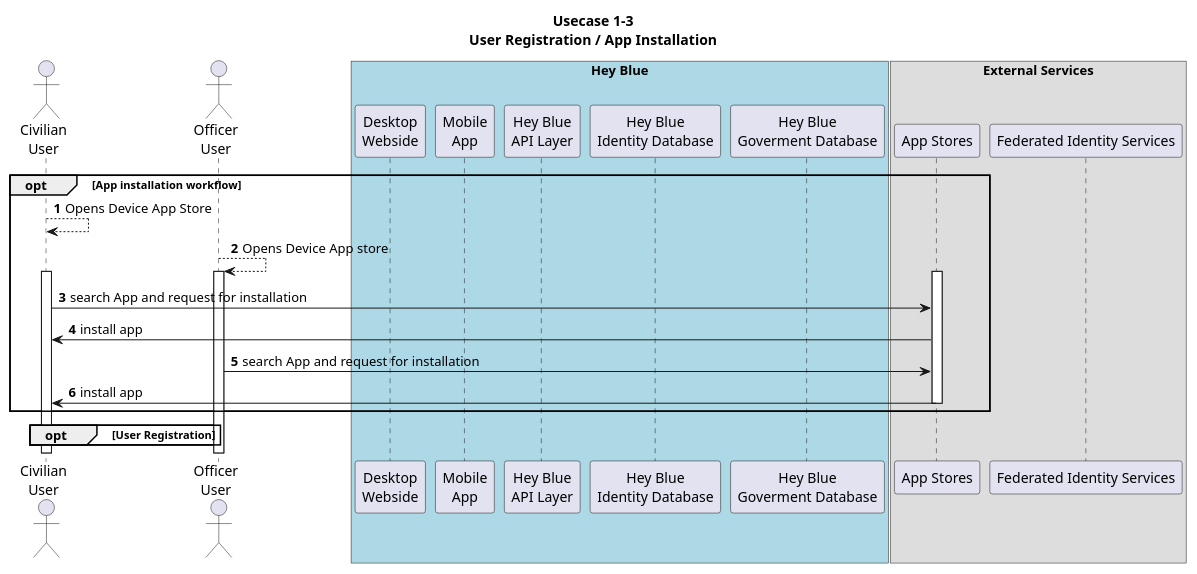
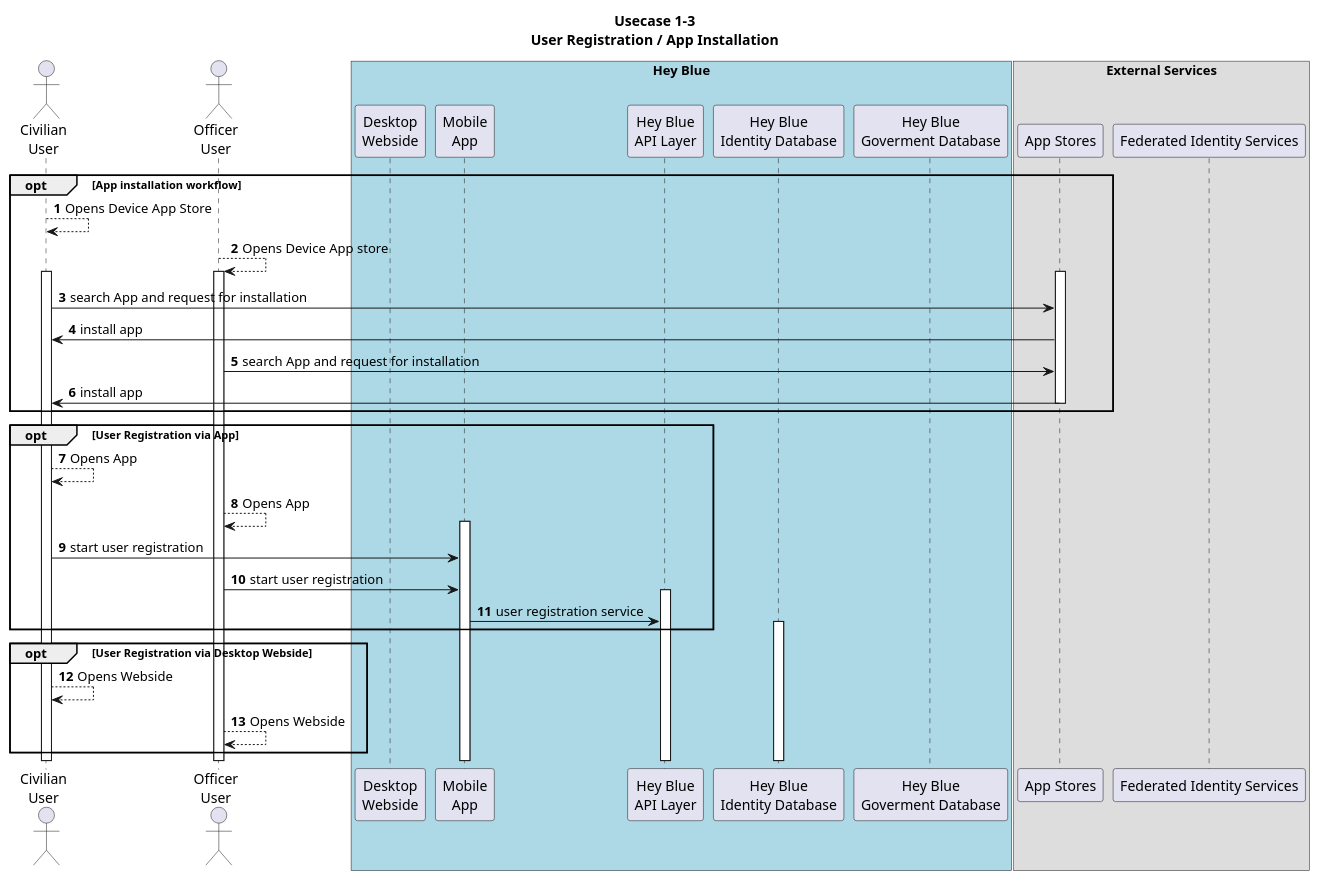
One commit to MinniMieze/HeyBlue changed the diagram in WiP/Usecases/1-3/1-3.puml. Above: the diagram before and after it, drawn with PlantUML.

```diff
--- a/WiP/Usecases/1-3/1-3.puml
+++ b/WiP/Usecases/1-3/1-3.puml
@@ -1,57 +1,68 @@
 @startuml  App Installation & User Registration
 
 title
 Usecase 1-3
 User Registration / App Installation
 end title
 
 autonumber
 
 actor Civ as "Civilian\nUser"
 actor Off as "Officer\nUser"
 
 box "Hey Blue" #Lightblue
     participant Desktop as "Desktop\nWebside"
     participant Mobile as "Mobile\nApp"
 
     participant API_Layer as "Hey Blue\nAPI Layer"
 
     participant ID_DB as "Hey Blue\nIdentity Database"
     participant GOV_DB as "Hey Blue\nGoverment Database"
 end box
 
 box "External Services" 
     participant Appstore as "App Stores"
     participant FIS as "Federated Identity Services"
 end box
 
 '##### App Installation
 
 opt App installation workflow
 Civ --> Civ : Opens Device App Store
 Off --> Off : Opens Device App store
  activate Civ
  activate Off
     activate Appstore
     Civ -> Appstore : search App and request for installation
     Appstore -> Civ : install app
     Off -> Appstore : search App and request for installation
     Appstore -> Civ : install app
     deactivate Appstore 
 end
 
 
 '###### User Registration
 
-opt User Registration
-
-
+opt User Registration via App
+Civ --> Civ : Opens App
+Off --> Off : Opens App
+activate Mobile
+Civ -> Mobile : start user registration
+Off -> Mobile : start user registration
+activate API_Layer 
+Mobile -> API_Layer : user registration service
+activate ID_DB
 end
 
 
+opt User Registration via Desktop Webside
+Civ --> Civ : Opens Webside
+Off --> Off : Opens Webside
+
+end
 
 
 '###### missing
 ' Fill the gov DB or manual check via Admin GUI
 
 @enduml 
```
